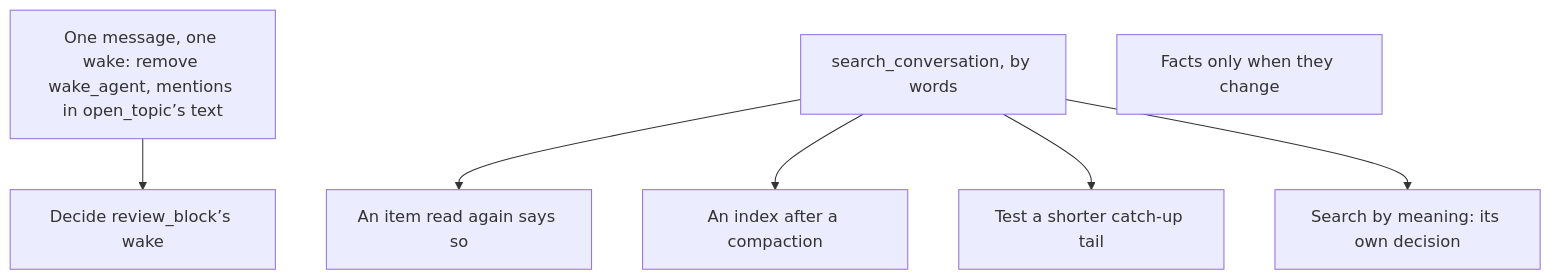
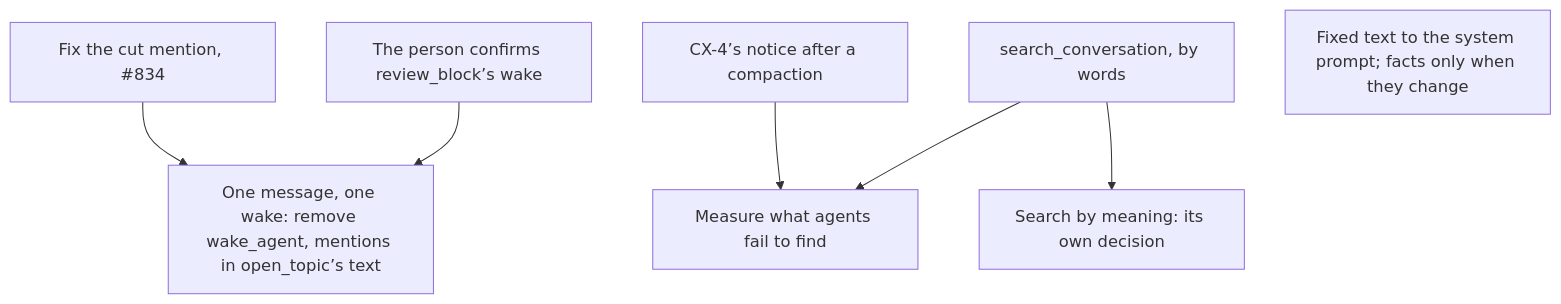
Before and after one commit to HJeon139/postbox: the third of 3 diagrams in designs/room-context.md, drawn with Mermaid. The commit also changed other lines of this file and 1 other file, not shown here.

First line of the commit message:
docs(designs): take a second read into the room-context draft

````diff
--- a/designs/room-context.md
+++ b/designs/room-context.md
@@ -129,9 +143,10 @@
 ```mermaid
 flowchart TD
-  M[One message, one wake: remove wake_agent, mentions in open_topic’s text] --> RVW[Decide review_block’s wake]
-  S[search_conversation, by words] --> RR[An item read again says so]
-  S --> CP[An index after a compaction]
-  S --> TL[Test a shorter catch-up tail]
-  F[Facts only when they change]
+  M834[Fix the cut mention, #834] --> M[One message, one wake: remove wake_agent, mentions in open_topic’s text]
+  RVW[The person confirms review_block’s wake] --> M
+  S[search_conversation, by words]
+  CX4[CX-4’s notice after a compaction] --> MS[Measure what agents fail to find]
+  S --> MS
+  F[Fixed text to the system prompt; facts only when they change]
   S --> SM[Search by meaning: its own decision]
 ```
````
